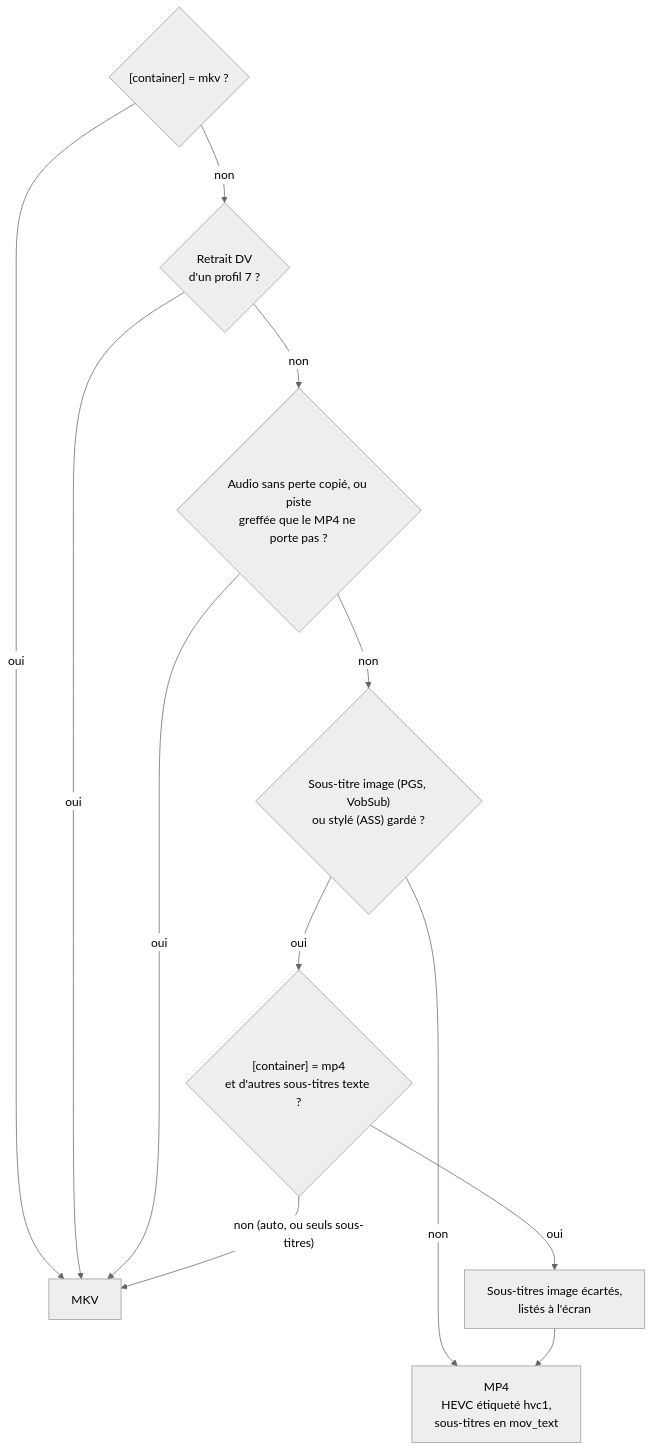
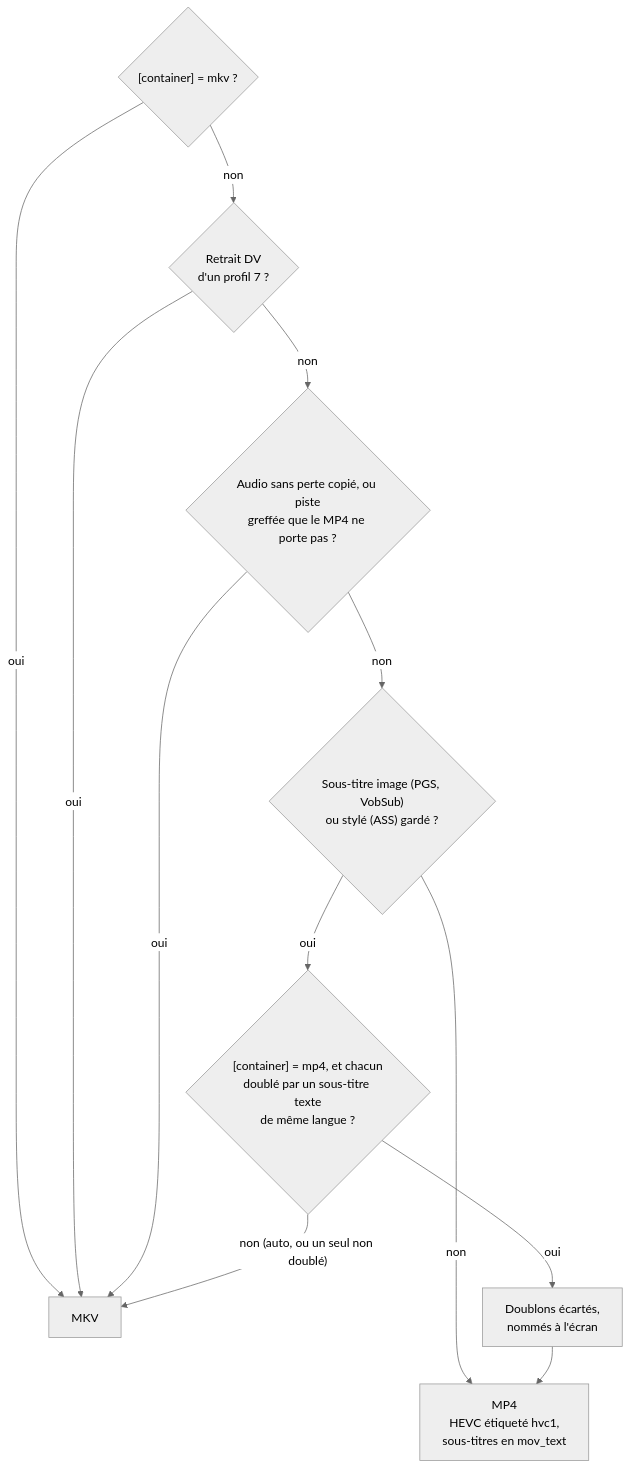
One commit to opegon/IRIS_Encode changed the sixth of 6 diagrams in README.fr.md. Above: the diagram before and after it, drawn with Mermaid (neutral theme). The commit also changed other lines of this file and 21 other files, not shown here.

````diff
--- a/README.fr.md
+++ b/README.fr.md
@@ -193,14 +195,14 @@
 ```mermaid
 flowchart TD
     C0{"[container] = mkv ?"}
     C0 -->|oui| MKV["MKV"]
     C0 -->|non| C1{"Retrait DV<br/>d'un profil 7 ?"}
     C1 -->|oui| MKV
     C1 -->|non| C2{"Audio sans perte copié, ou piste<br/>greffée que le MP4 ne porte pas ?"}
     C2 -->|oui| MKV
     C2 -->|non| C3{"Sous-titre image (PGS, VobSub)<br/>ou stylé (ASS) gardé ?"}
     C3 -->|non| MP4["MP4<br/>HEVC étiqueté hvc1,<br/>sous-titres en mov_text"]
-    C3 -->|oui| C4{"[container] = mp4<br/>et d'autres sous-titres texte ?"}
-    C4 -->|oui| C5["Sous-titres image écartés,<br/>listés à l'écran"] --> MP4
-    C4 -->|"non (auto, ou seuls sous-titres)"| MKV
+    C3 -->|oui| C4{"[container] = mp4, et chacun<br/>doublé par un sous-titre texte<br/>de même langue ?"}
+    C4 -->|oui| C5["Doublons écartés,<br/>nommés à l'écran"] --> MP4
+    C4 -->|"non (auto, ou un seul non doublé)"| MKV
 ```
````
